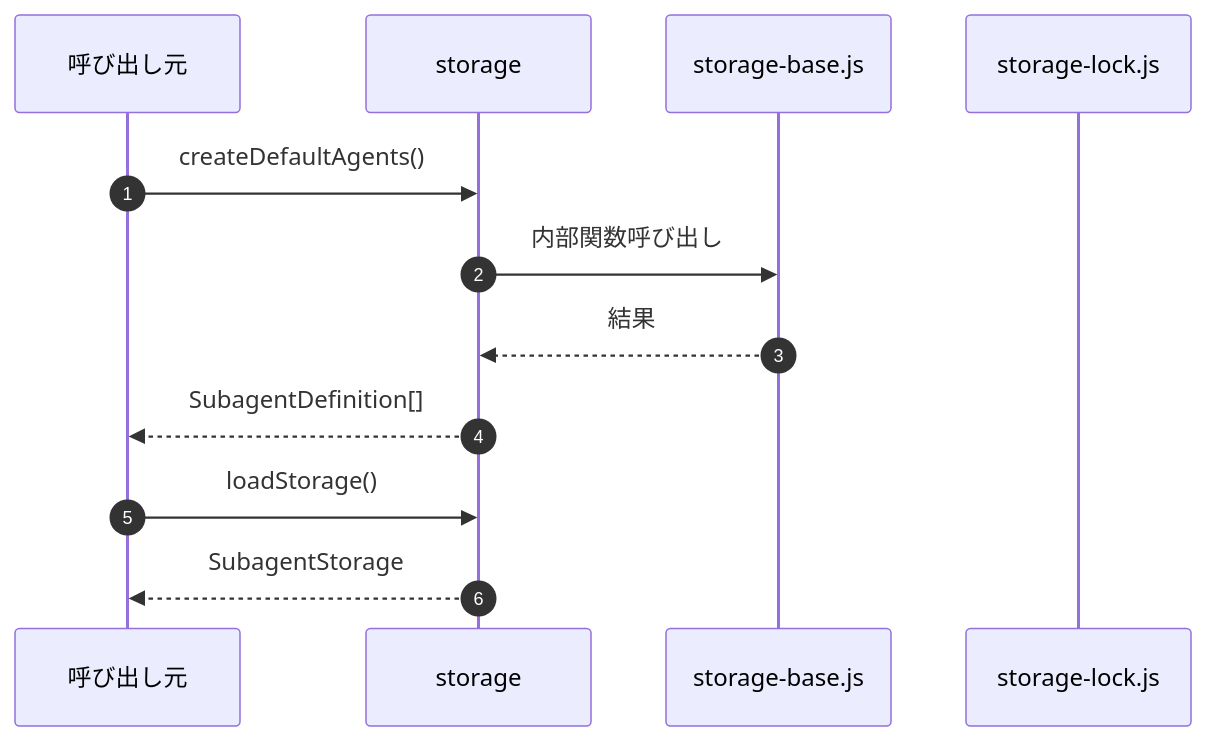
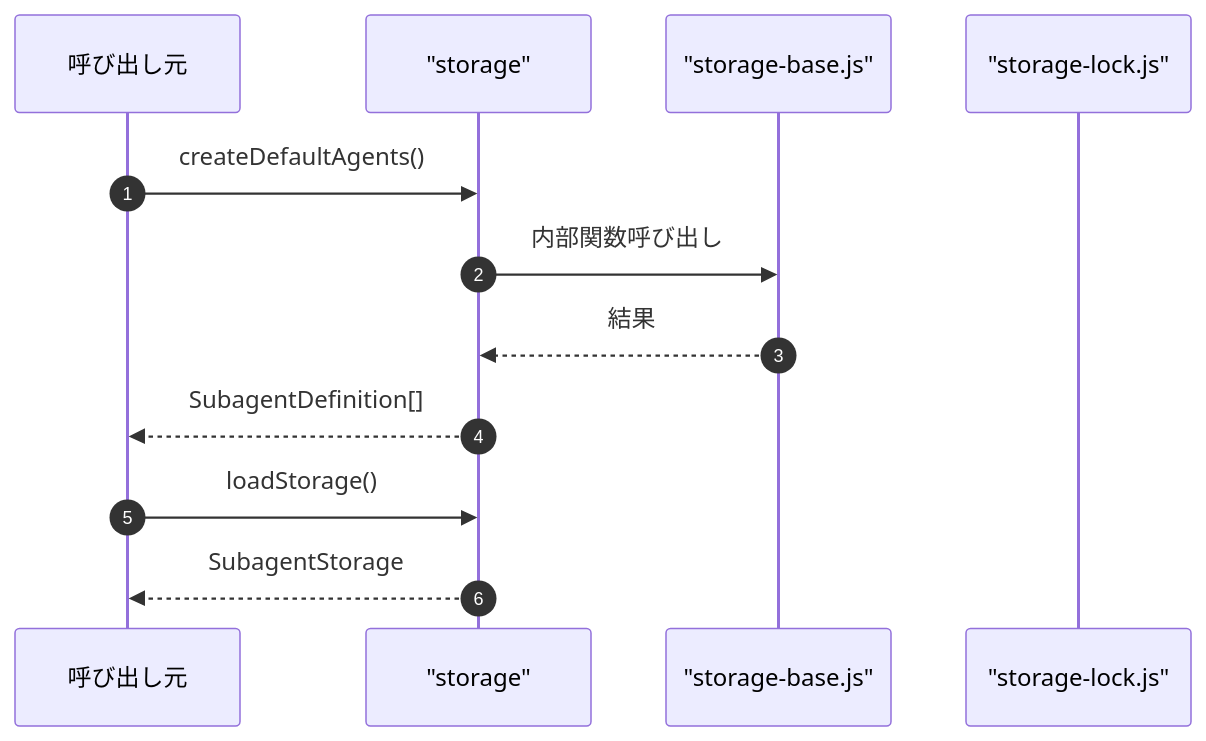
Before and after one commit to Mekann2904/mekann: the fourth of 4 diagrams in ABDD/.pi/extensions/subagents/storage.md, drawn with Mermaid. The commit also changed other lines of this file and 152 other files, not shown here.

First line of the commit message:
fix: Mermaid図のラベル内の特殊文字をエスケープする

````diff
--- a/ABDD/.pi/extensions/subagents/storage.md
+++ b/ABDD/.pi/extensions/subagents/storage.md
@@ -104,16 +104,16 @@
 ```mermaid
 sequenceDiagram
   autonumber
   participant Caller as 呼び出し元
-  participant storage as storage
-  participant storage_base_js as storage-base.js
-  participant storage_lock_js as storage-lock.js
+  participant storage as "storage"
+  participant storage_base_js as "storage-base.js"
+  participant storage_lock_js as "storage-lock.js"
 
   Caller->>storage: createDefaultAgents()
   storage->>storage_base_js: 内部関数呼び出し
   storage_base_js-->>storage: 結果
   storage-->>Caller: SubagentDefinition[]
 
   Caller->>storage: loadStorage()
   storage-->>Caller: SubagentStorage
 ```
````
